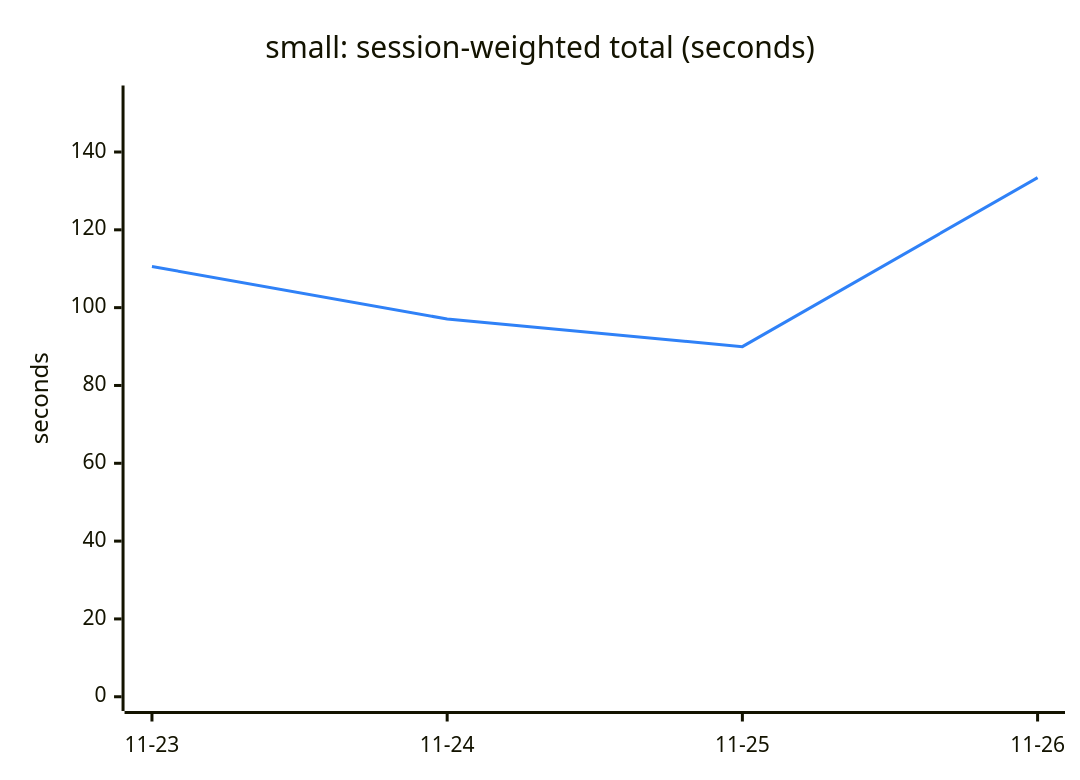
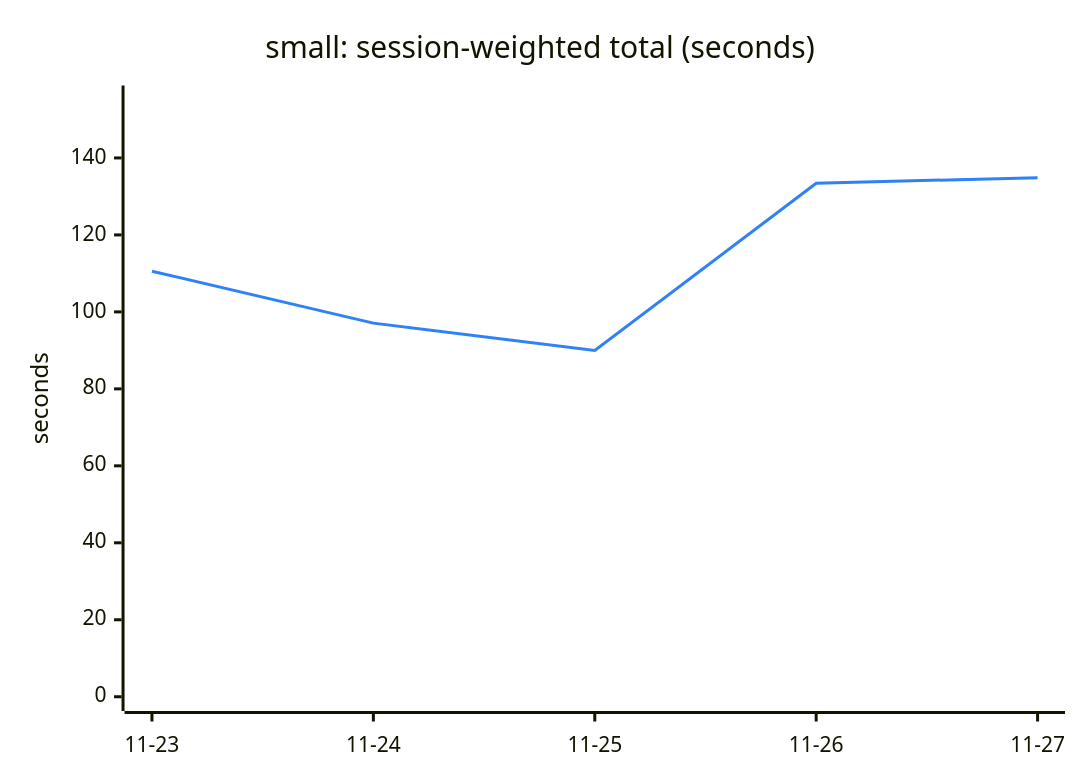
Before and after one commit to engalar/mxcli: the first of 6 diagrams in TREND.md, drawn with Mermaid. The commit also changed other lines of this file and 2 other files, not shown here.

````diff
--- a/TREND.md
+++ b/TREND.md
@@ -13,13 +13,13 @@
 ```mermaid
 ---
 config:
   themeVariables:
     xyChart:
       plotColorPalette: "#2f81f7"
 ---
 xychart-beta
     title "small: session-weighted total (seconds)"
-    x-axis ["11-23", "11-24", "11-25", "11-26"]
-    y-axis "seconds" 0 --> 153.43
-    line [110.57, 97.08, 89.97, 133.42]
+    x-axis ["11-23", "11-24", "11-25", "11-26", "11-27"]
+    y-axis "seconds" 0 --> 155.12
+    line [110.57, 97.08, 89.97, 133.42, 134.88]
 ```
````
